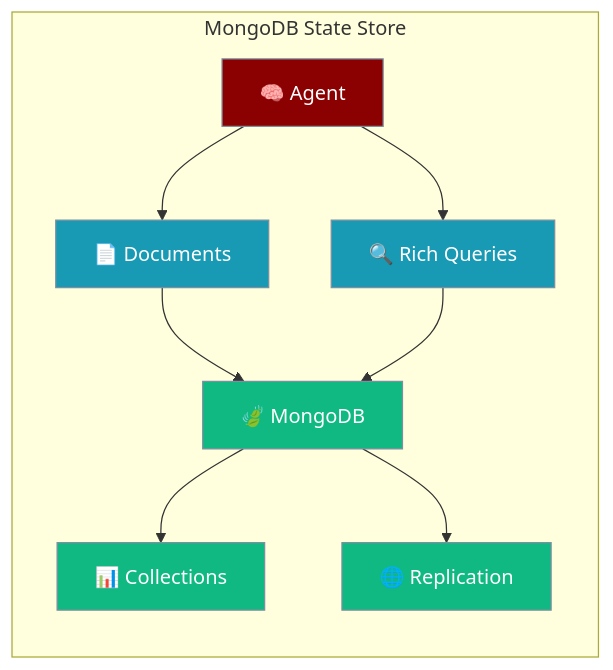
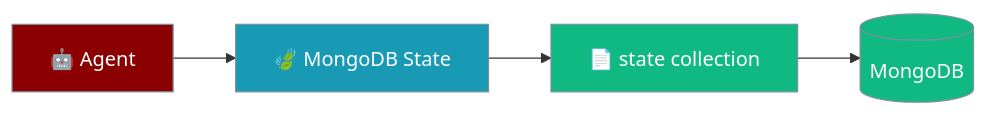
The first of 2 diagrams in docs/features/persistence-mongodb.mdx (MervinPraison/PraisonAIDocs), drawn with Mermaid before and after one commit. The commit also changed other lines of this file and 4 other files, not shown here.

````diff
--- a/docs/features/persistence-mongodb.mdx
+++ b/docs/features/persistence-mongodb.mdx
@@ -10,19 +22,14 @@
 ```mermaid
 graph LR
-    subgraph "MongoDB State Store"
-        A[🧠 Agent] --> B[📄 Documents]
-        B --> C[🍃 MongoDB]
-        C --> D[📊 Collections]
-        A --> E[🔍 Rich Queries]
-        E --> C
-        C --> F[🌐 Replication]
-    end
-    
+    Agent[🤖 Agent] --> Store[🍃 MongoDB State]
+    Store --> Collection[📄 state collection]
+    Collection --> DB[(MongoDB)]
+
     classDef agent fill:#8B0000,stroke:#7C90A0,color:#fff
-    classDef data fill:#189AB4,stroke:#7C90A0,color:#fff
-    classDef storage fill:#10B981,stroke:#7C90A0,color:#fff
-    
-    class A agent
-    class B,E data
-    class C,D,F storage
+    classDef store fill:#189AB4,stroke:#7C90A0,color:#fff
+    classDef database fill:#10B981,stroke:#7C90A0,color:#fff
+
+    class Agent agent
+    class Store store
+    class Collection,DB database
 ```
````
